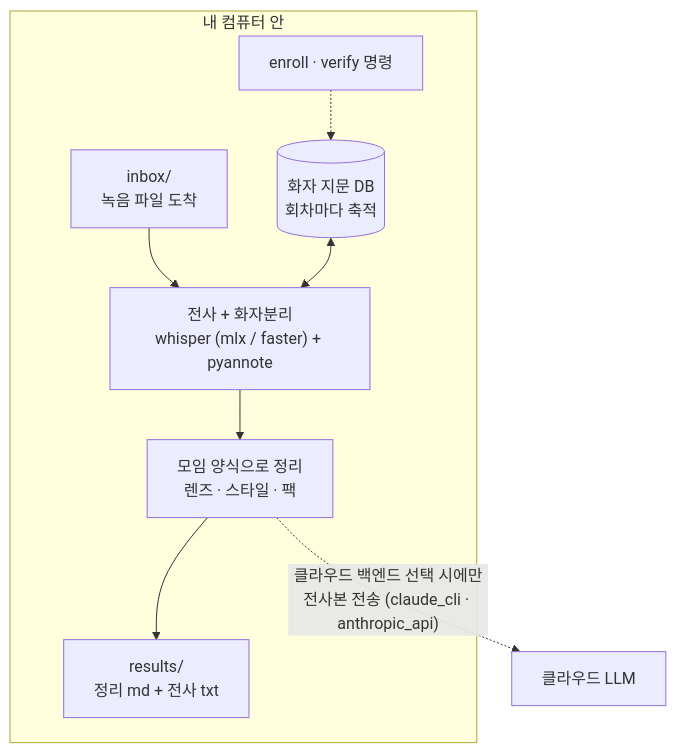
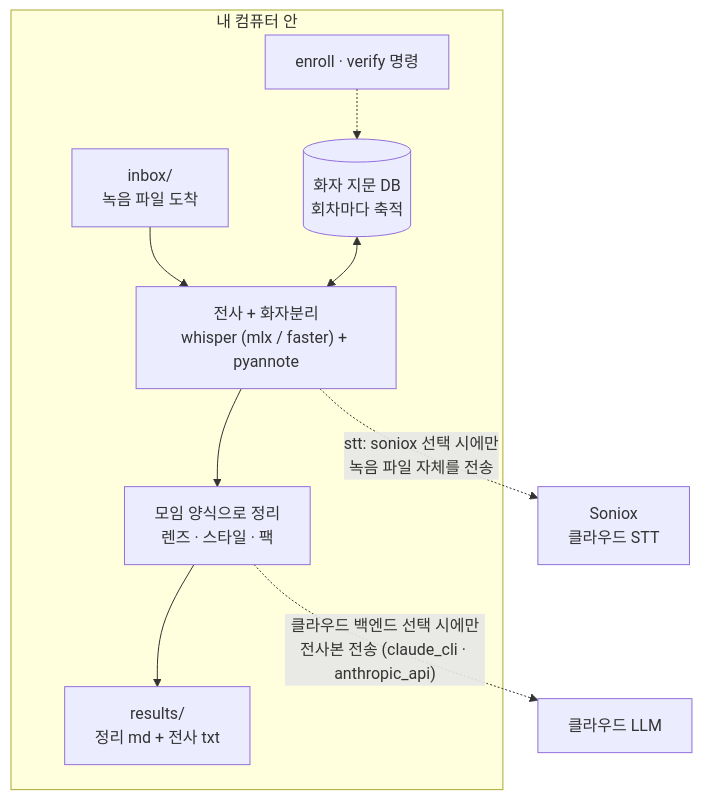
Before and after one commit to kemy-ai/moim-scribe: the diagram in README.ko.md, drawn with Mermaid. The commit also changed other lines of this file and 19 other files, not shown here.

````diff
--- a/README.ko.md
+++ b/README.ko.md
@@ -13,11 +13,12 @@
 ```mermaid
 flowchart TD
     subgraph machine["내 컴퓨터 안"]
         A["inbox/<br>녹음 파일 도착"] --> B["전사 + 화자분리<br>whisper (mlx / faster) + pyannote"]
         FP[("화자 지문 DB<br>회차마다 축적")] <--> B
         B --> C["모임 양식으로 정리<br>렌즈 · 스타일 · 팩"]
         C --> D["results/<br>정리 md + 전사 txt"]
         V["enroll · verify 명령"] -.-> FP
     end
+    B -.->|"stt: soniox 선택 시에만<br>녹음 파일 자체를 전송"| STT["Soniox<br>클라우드 STT"]
     C -.->|"클라우드 백엔드 선택 시에만<br>전사본 전송 (claude_cli · anthropic_api)"| LLM["클라우드 LLM"]
 ```
````
